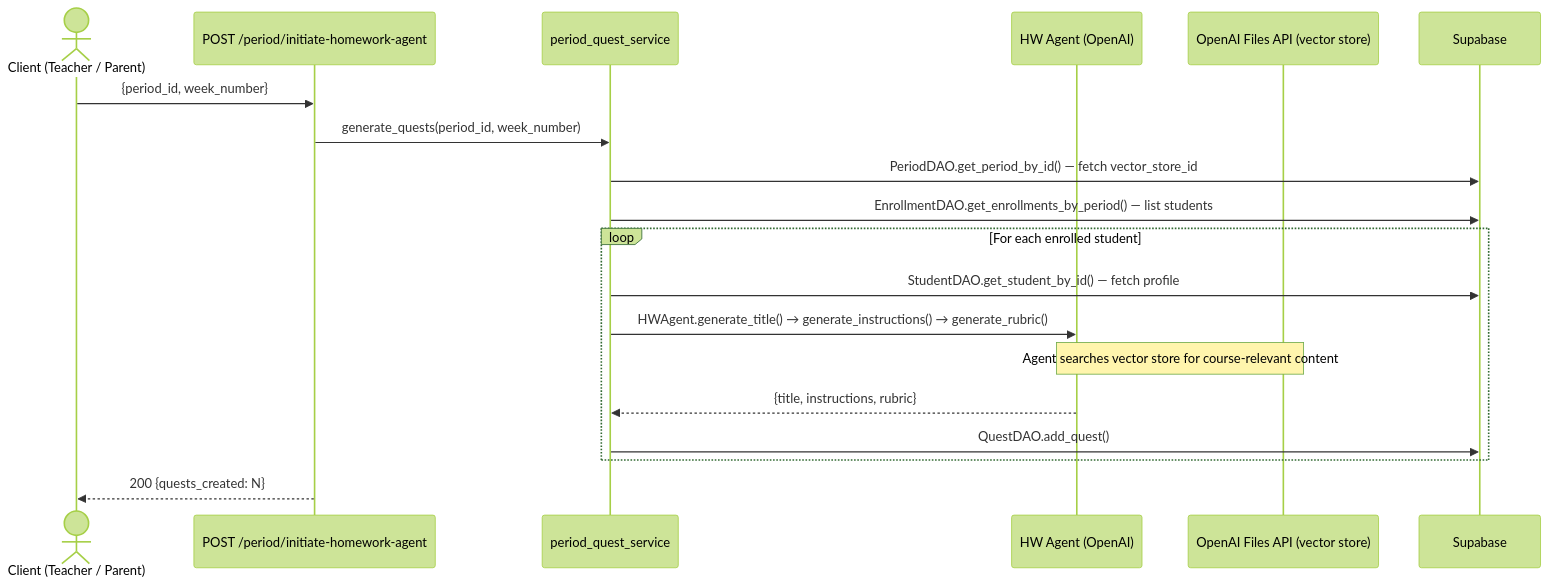
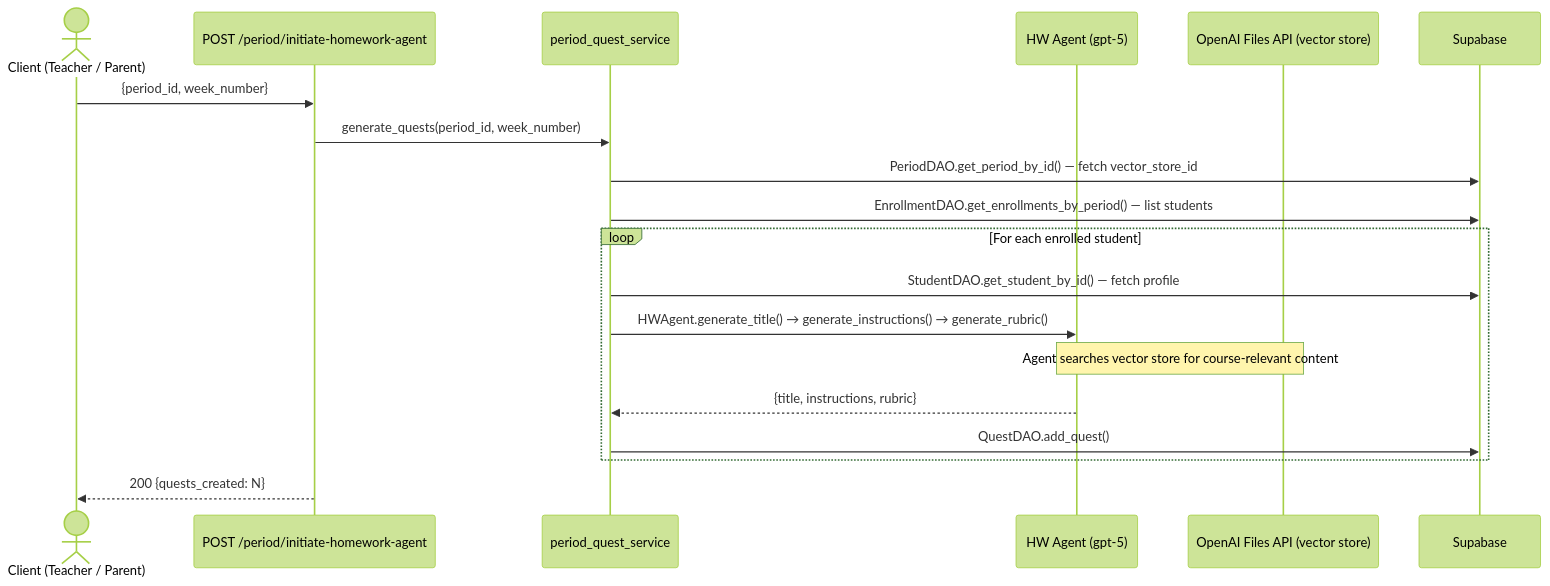
One commit to EduQuest-AI-Inc/eduquest-backend changed diagram 13 of 22 in ARCHITECTURE.md. Above: the diagram before and after it, drawn with Mermaid (forest theme). The commit also changed other lines of this file, not shown here.

````diff
--- a/ARCHITECTURE.md
+++ b/ARCHITECTURE.md
@@ -345,22 +350,22 @@
 ```mermaid
 sequenceDiagram
     actor T as Client (Teacher / Parent)
     participant R as POST /period/initiate-homework-agent
     participant S as period_quest_service
-    participant AI as HW Agent (OpenAI)
+    participant AI as HW Agent (gpt-5)
     participant OAI as OpenAI Files API (vector store)
     participant DB as Supabase
 
     T->>R: {period_id, week_number}
     R->>S: generate_quests(period_id, week_number)
     S->>DB: PeriodDAO.get_period_by_id()  — fetch vector_store_id
     S->>DB: EnrollmentDAO.get_enrollments_by_period()  — list students
     loop For each enrolled student
         S->>DB: StudentDAO.get_student_by_id()  — fetch profile
         S->>AI: HWAgent.generate_title() → generate_instructions() → generate_rubric()
         Note over AI,OAI: Agent searches vector store for course-relevant content
         AI-->>S: {title, instructions, rubric}
         S->>DB: QuestDAO.add_quest()
     end
     R-->>T: 200  {quests_created: N}
 ```
````
